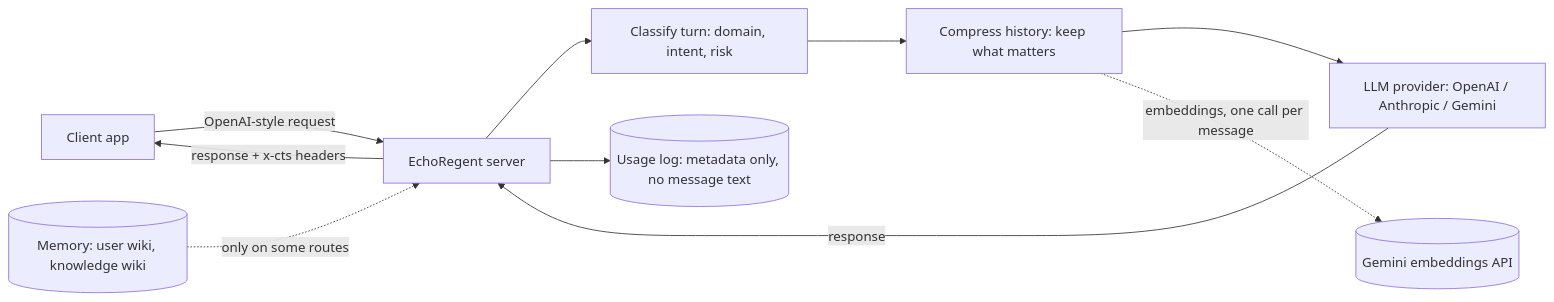
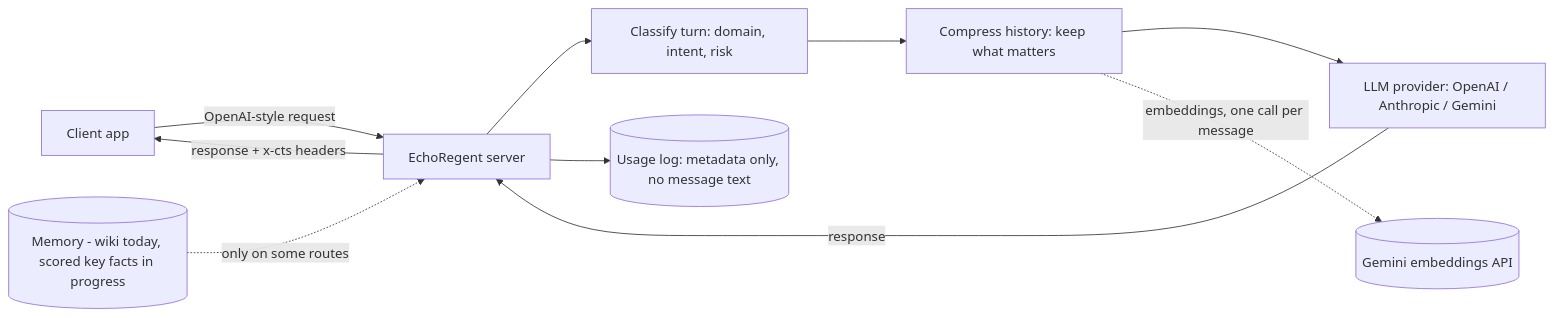
One commit to ashy5454/echoregent changed the diagram in docs/review/ARCHITECTURE.md. Above: the diagram before and after it, drawn with Mermaid. The commit also changed other lines of this file and 1 other file, not shown here.

First line of the commit message:
Review pack: add the memory layer (scored key facts)

````diff
--- a/docs/review/ARCHITECTURE.md
+++ b/docs/review/ARCHITECTURE.md
@@ -23,12 +24,12 @@
 ```mermaid
 flowchart LR
   A[Client app] -->|OpenAI-style request| B[EchoRegent server]
   B --> C[Classify turn: domain, intent, risk]
   C --> D[Compress history: keep what matters]
   D --> E[LLM provider: OpenAI / Anthropic / Gemini]
   E -->|response| B
   B -->|response + x-cts headers| A
   D -.->|embeddings, one call per message| G[(Gemini embeddings API)]
-  M[(Memory: user wiki, knowledge wiki)] -.->|only on some routes| B
+  M[(Memory - wiki today, scored key facts in progress)] -.->|only on some routes| B
   B --> L[(Usage log: metadata only, no message text)]
 ```
````
